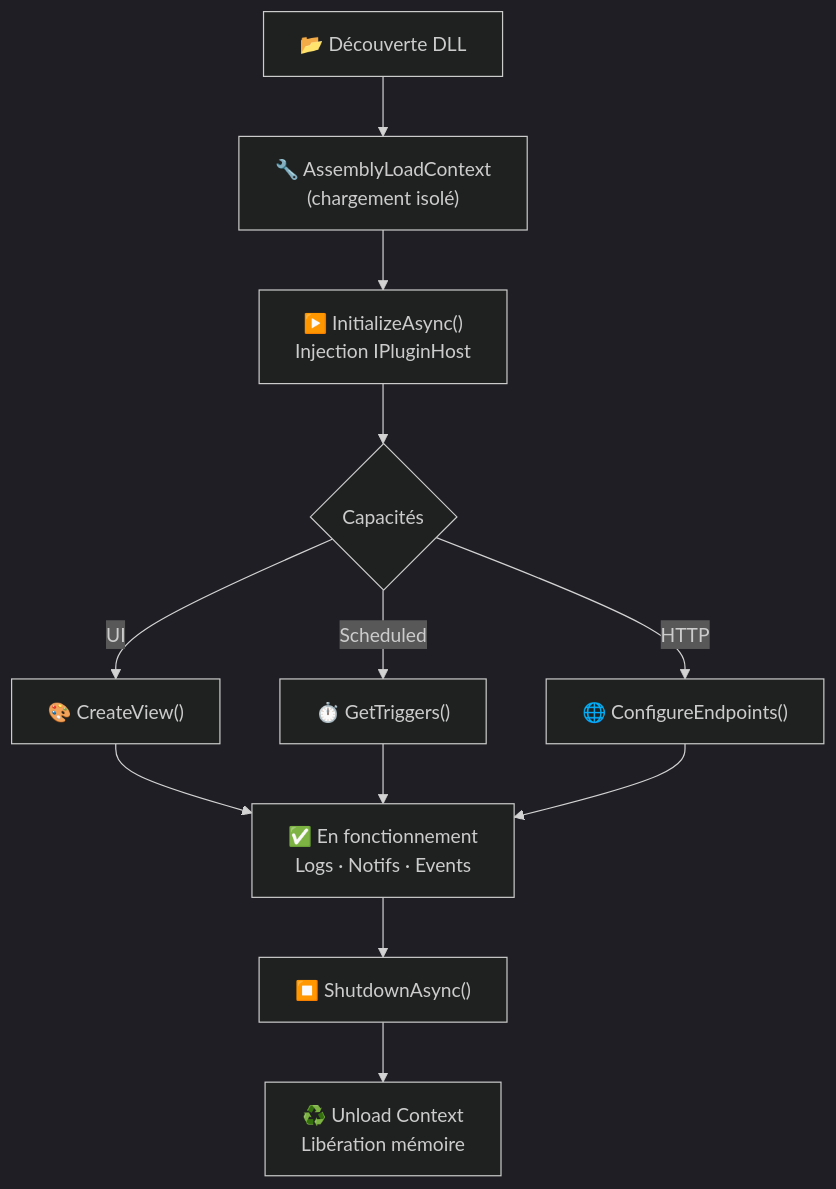
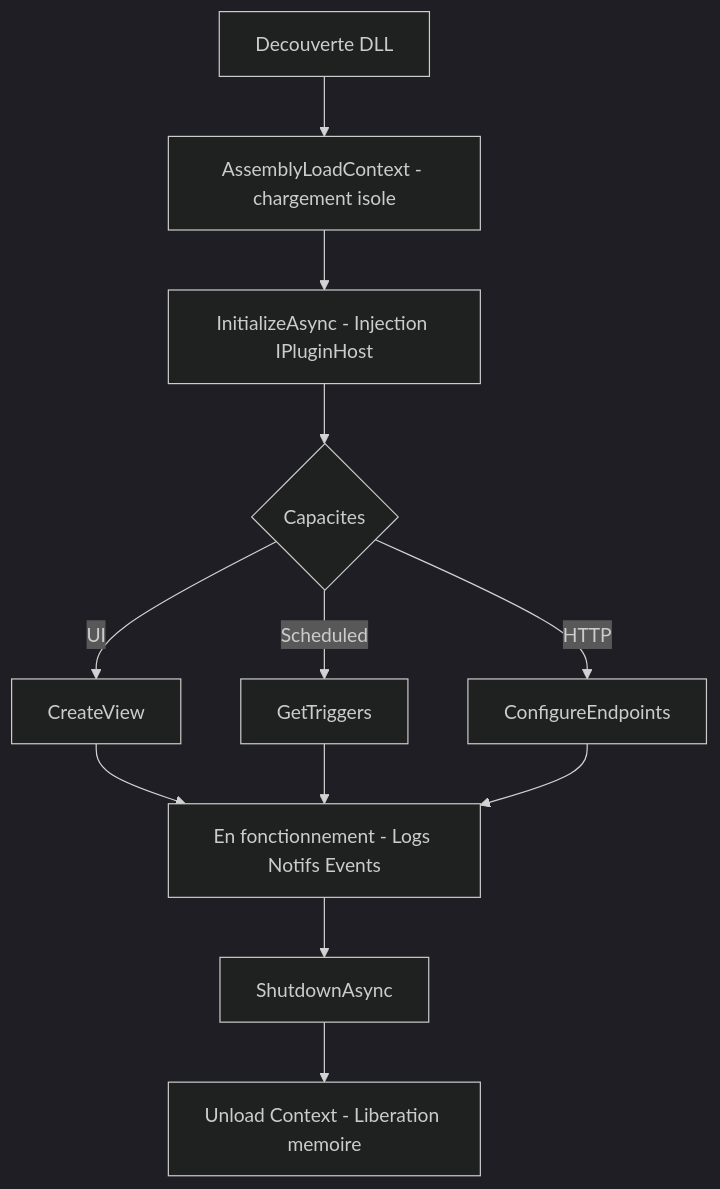
The second of 2 diagrams in README.md (Mdwf-droid/WpfPluginFramework), drawn with Mermaid (dark theme) before and after one commit. The commit also changed other lines of this file, not shown here.

````diff
--- a/README.md
+++ b/README.md
@@ -462,14 +452,14 @@
 ```mermaid
 flowchart TD
-    A["📂 Découverte DLL"] --> B["🔧 AssemblyLoadContext<br/>(chargement isolé)"]
-    B --> C["▶️ InitializeAsync()<br/>Injection IPluginHost"]
-    C --> D{"Capacités"}
-    D -->|UI| E["🎨 CreateView()"]
-    D -->|Scheduled| F["⏱️ GetTriggers()"]
-    D -->|HTTP| G["🌐 ConfigureEndpoints()"]
-    E --> H["✅ En fonctionnement<br/>Logs · Notifs · Events"]
+    A[Decouverte DLL] --> B[AssemblyLoadContext - chargement isole]
+    B --> C[InitializeAsync - Injection IPluginHost]
+    C --> D{Capacites}
+    D -- UI --> E[CreateView]
+    D -- Scheduled --> F[GetTriggers]
+    D -- HTTP --> G[ConfigureEndpoints]
+    E --> H[En fonctionnement - Logs Notifs Events]
     F --> H
     G --> H
-    H --> I["⏹️ ShutdownAsync()"]
-    I --> J["♻️ Unload Context<br/>Libération mémoire"]
+    H --> I[ShutdownAsync]
+    I --> J[Unload Context - Liberation memoire]
 ```
````
